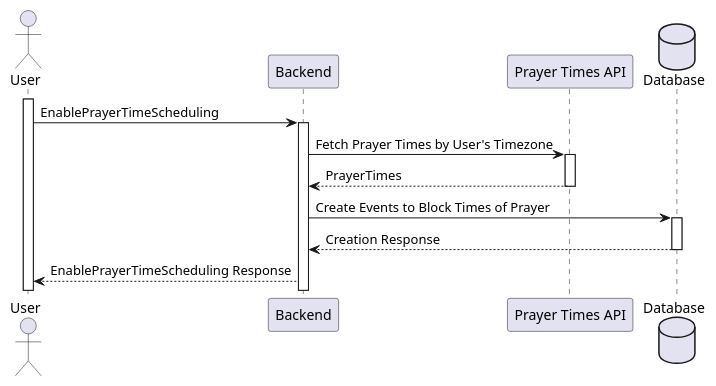
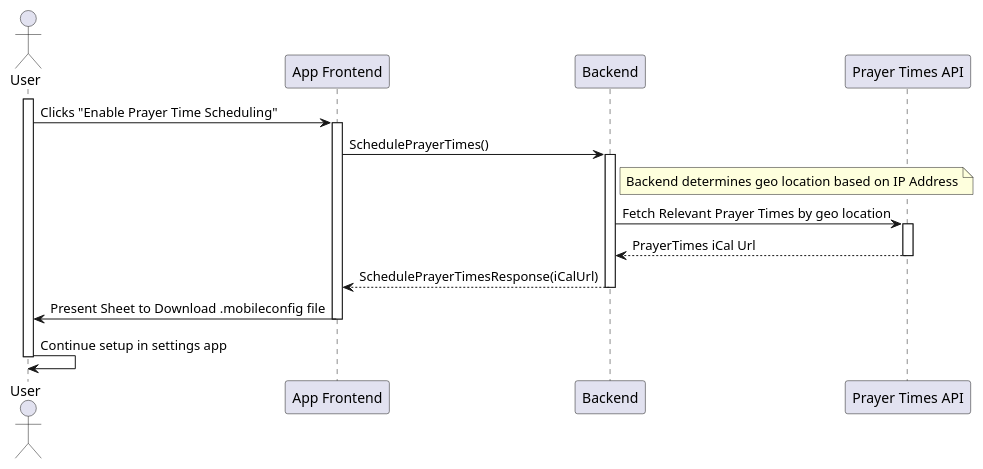
Diagram 13 of 14 in docs/diagrams/sequence-diagrams/all-sequence-diagrams.puml (jadwalapp/symmetrical-spoon), drawn with PlantUML before and after one commit. The commit also changed other lines of this file and 21 other files, not shown here.

```diff
--- a/docs/diagrams/sequence-diagrams/all-sequence-diagrams.puml
+++ b/docs/diagrams/sequence-diagrams/all-sequence-diagrams.puml
@@ -495,18 +481,22 @@
 @startuml Schedule Prayer Times
 actor User
+participant "App Frontend" as App
 participant Backend
 participant "Prayer Times API" as PrayerTimesAPI
-database Database
 
 activate User
-User -> Backend ++ : EnablePrayerTimeScheduling
+User -> App ++ : Clicks "Enable Prayer Time Scheduling"
 
-Backend -> PrayerTimesAPI ++ : Fetch Prayer Times by User's Timezone
-PrayerTimesAPI --> Backend -- : PrayerTimes
+App -> Backend ++ : SchedulePrayerTimes()
+note right of Backend : Backend determines geo location based on IP Address
 
-Backend -> Database ++ : Create Events to Block Times of Prayer
-Database --> Backend -- : Creation Response
+Backend -> PrayerTimesAPI ++ : Fetch Relevant Prayer Times by geo location
+PrayerTimesAPI --> Backend -- : PrayerTimes iCal Url
 
-Backend --> User : EnablePrayerTimeScheduling Response
+Backend --> App -- : SchedulePrayerTimesResponse(iCalUrl)
+
+App -> User -- : Present Sheet to Download .mobileconfig file
+User -> User : Continue setup in settings app
+deactivate User
 
 @enduml
```
